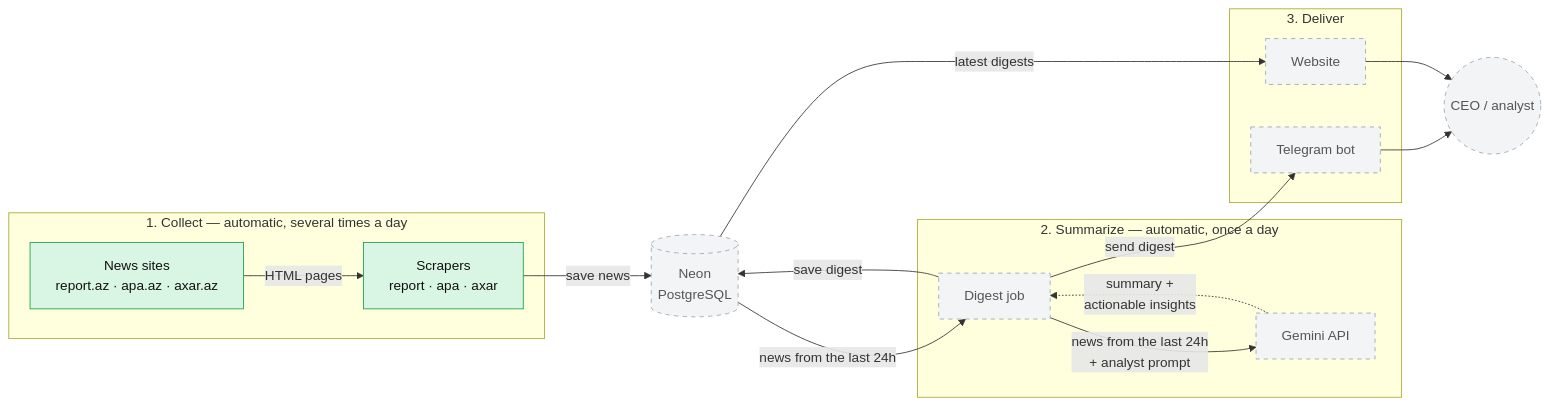
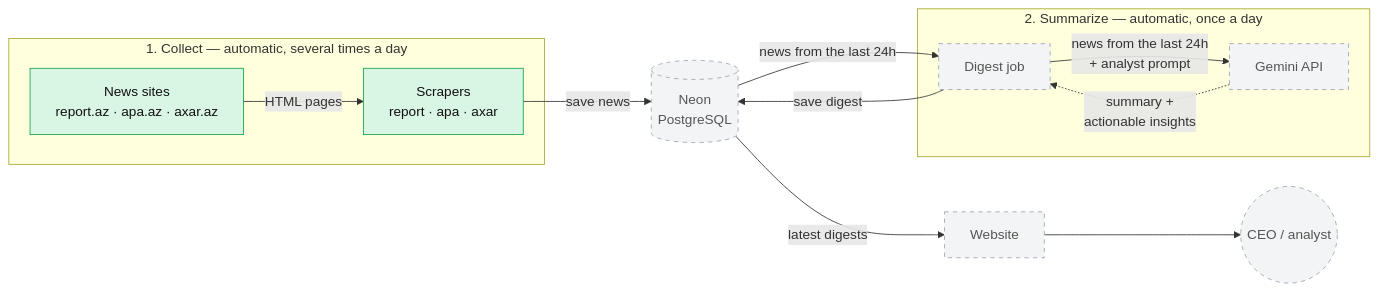
One commit to vbabazade8/az-news-assistant changed the diagram in README.md. Above: the diagram before and after it, drawn with Mermaid. The commit also changed other lines of this file, not shown here.

Commit message:
Remove Telegram from the plan for now

````diff
--- a/README.md
+++ b/README.md
@@ -20,31 +19,24 @@
 ```mermaid
 flowchart LR
     subgraph collect["1. Collect — automatic, several times a day"]
         sites["News sites<br/>report.az · apa.az · axar.az"] -->|HTML pages| scrapers["Scrapers<br/>report · apa · axar"]
     end
 
     scrapers -->|save news| db[("Neon<br/>PostgreSQL")]
 
     subgraph summarize["2. Summarize — automatic, once a day"]
         job["Digest job"] -->|"news from the last 24h<br/>+ analyst prompt"| gemini["Gemini API"]
         gemini -.->|"summary +<br/>actionable insights"| job
     end
 
     db -->|news from the last 24h| job
     job -->|save digest| db
 
-    subgraph deliver["3. Deliver"]
-        tg["Telegram bot"]
-        web["Website"]
-    end
-
-    job -->|send digest| tg
-    db -->|latest digests| web
-    tg --> reader(("CEO / analyst"))
-    web --> reader
+    db -->|latest digests| web["Website"]
+    web --> reader(("CEO / analyst"))
 
     classDef done fill:#d9f5e3,stroke:#16a34a,color:#111
     classDef planned fill:#f3f4f6,stroke:#9ca3af,color:#555,stroke-dasharray:5 5
     class sites,scrapers done
-    class db,job,gemini,tg,web,reader planned
+    class db,job,gemini,web,reader planned
 ```
````
